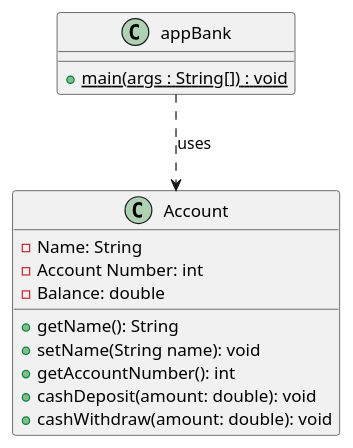
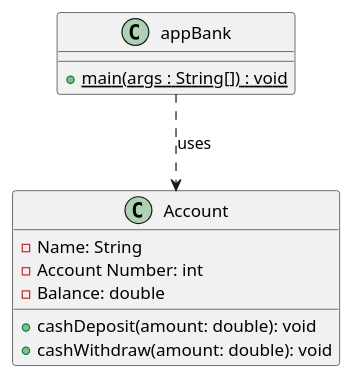
The diagram in 02-encapsulation/docs/account-class.puml (pedromiguel97/java-exercises), drawn with PlantUML before and after one commit. The commit also changed 1 other file, not shown here.

```diff
--- a/02-encapsulation/docs/account-class.puml
+++ b/02-encapsulation/docs/account-class.puml
@@ -1,18 +1,16 @@
 @startuml
 class Account {
 - Name: String
 - Account Number: int
 - Balance: double
-+ getName(): String
-+ setName(String name): void
-+ getAccountNumber(): int
+
 + cashDeposit(amount: double): void
 + cashWithdraw(amount: double): void
 }
 
 class appBank {
   + {static} main(args : String[]) : void
 }
 
 appBank ..> Account : uses
 @enduml
```
